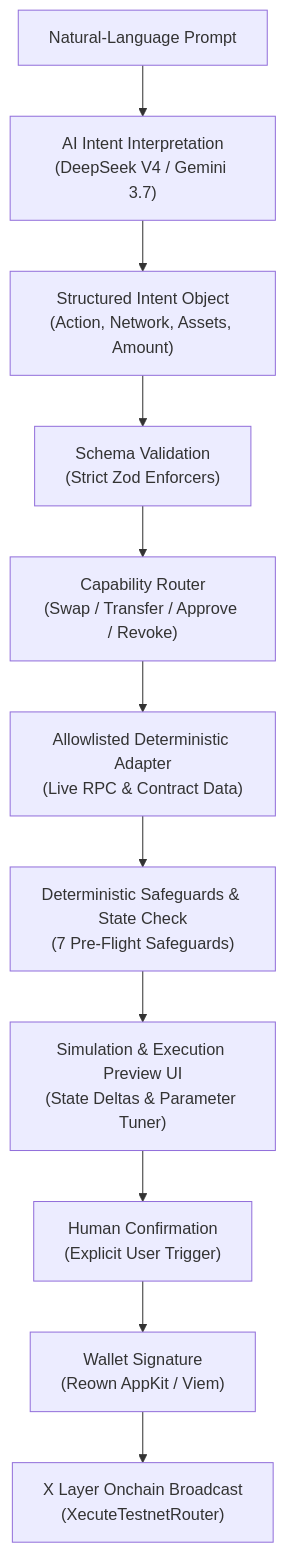
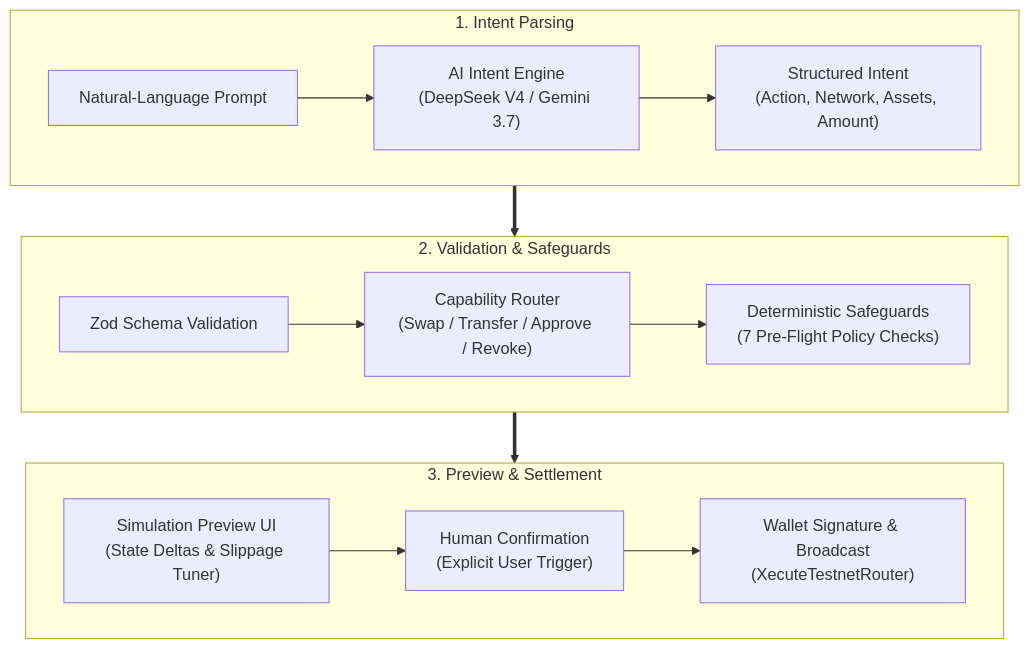
Before and after one commit to eugenennamdi/xecute: the diagram in README.md, drawn with Mermaid. The commit also changed 1 other file, not shown here.

Commit message:
docs: compact architecture flowchart and add MIT license

````diff
--- a/README.md
+++ b/README.md
@@ -52,13 +52,16 @@
 ```mermaid
-flowchart TD
-    Prompt["Natural-Language Prompt"] --> Interpret["AI Intent Interpretation<br/>(DeepSeek V4 / Gemini 3.7)"]
-    Interpret --> Intent["Structured Intent Object<br/>(Action, Network, Assets, Amount)"]
-    Intent --> Schema["Schema Validation<br/>(Strict Zod Enforcers)"]
-    Schema --> Router["Capability Router<br/>(Swap / Transfer / Approve / Revoke)"]
-    Router --> Adapter["Allowlisted Deterministic Adapter<br/>(Live RPC & Contract Data)"]
-    Adapter --> Safeguards["Deterministic Safeguards & State Check<br/>(7 Pre-Flight Safeguards)"]
-    Safeguards --> Preview["Simulation & Execution Preview UI<br/>(State Deltas & Parameter Tuner)"]
-    Preview --> Confirm["Human Confirmation<br/>(Explicit User Trigger)"]
-    Confirm --> Sign["Wallet Signature<br/>(Reown AppKit / Viem)"]
-    Sign --> Broadcast["X Layer Onchain Broadcast<br/>(XecuteTestnetRouter)"]
+flowchart TB
+    subgraph P1["1. Intent Parsing"]
+        direction LR
+        A["Natural-Language Prompt"] --> B["AI Intent Engine<br/>(DeepSeek V4 / Gemini 3.7)"] --> C["Structured Intent<br/>(Action, Network, Assets, Amount)"]
+    end
+    subgraph P2["2. Validation & Safeguards"]
+        direction LR
+        D["Zod Schema Validation"] --> E["Capability Router<br/>(Swap / Transfer / Approve / Revoke)"] --> F["Deterministic Safeguards<br/>(7 Pre-Flight Policy Checks)"]
+    end
+    subgraph P3["3. Preview & Settlement"]
+        direction LR
+        G["Simulation Preview UI<br/>(State Deltas & Slippage Tuner)"] --> H["Human Confirmation<br/>(Explicit User Trigger)"] --> I["Wallet Signature & Broadcast<br/>(XecuteTestnetRouter)"]
+    end
+    P1 ==> P2 ==> P3
 ```
````
